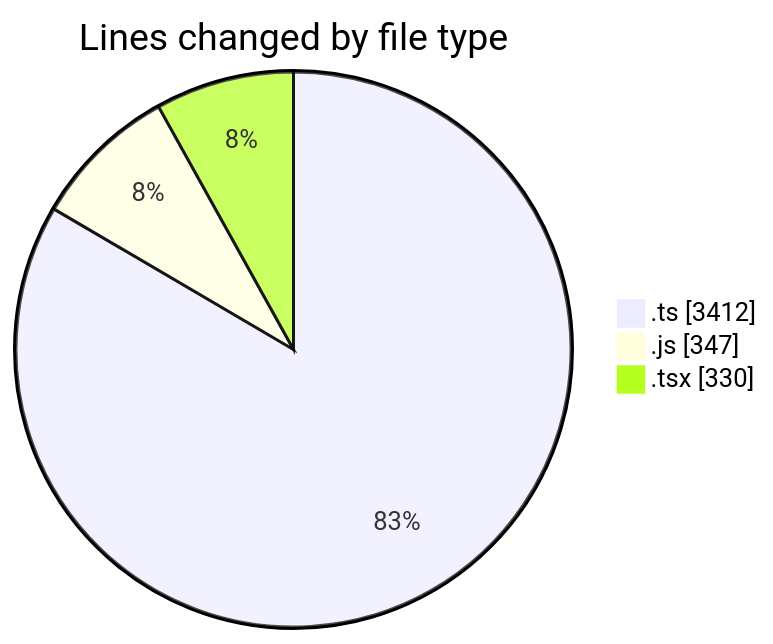
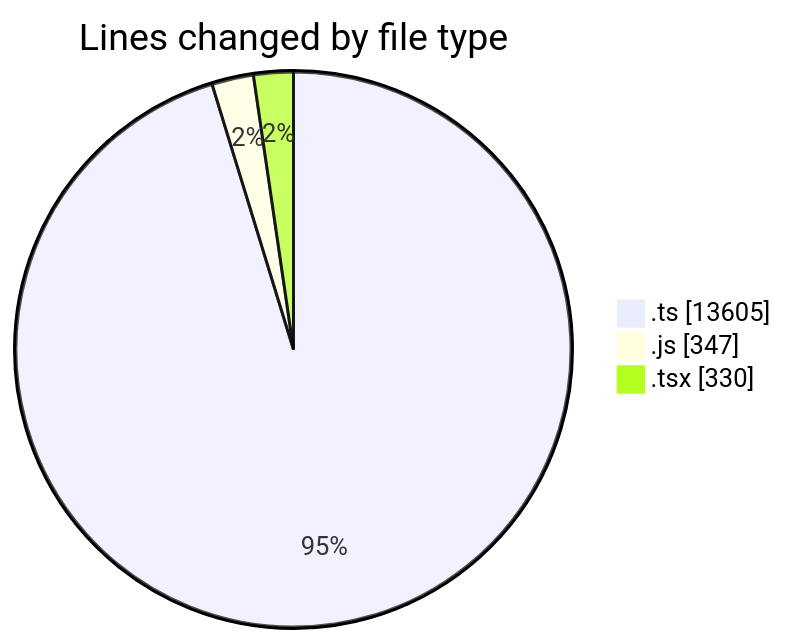
Before and after one commit to momahboobian/code-tracking: the first of 2 diagrams in 2025-12-16/cda/README.md, drawn with Mermaid. The commit also changed other lines of this file and 1 other file, not shown here.

````diff
--- a/2025-12-16/cda/README.md
+++ b/2025-12-16/cda/README.md
@@ -25,7 +26,7 @@
 ```mermaid
 pie showData
 title Lines changed by file type
-".ts" : 3412
+".ts" : 13605
 ".js" : 347
 ".tsx" : 330
 ```
````
